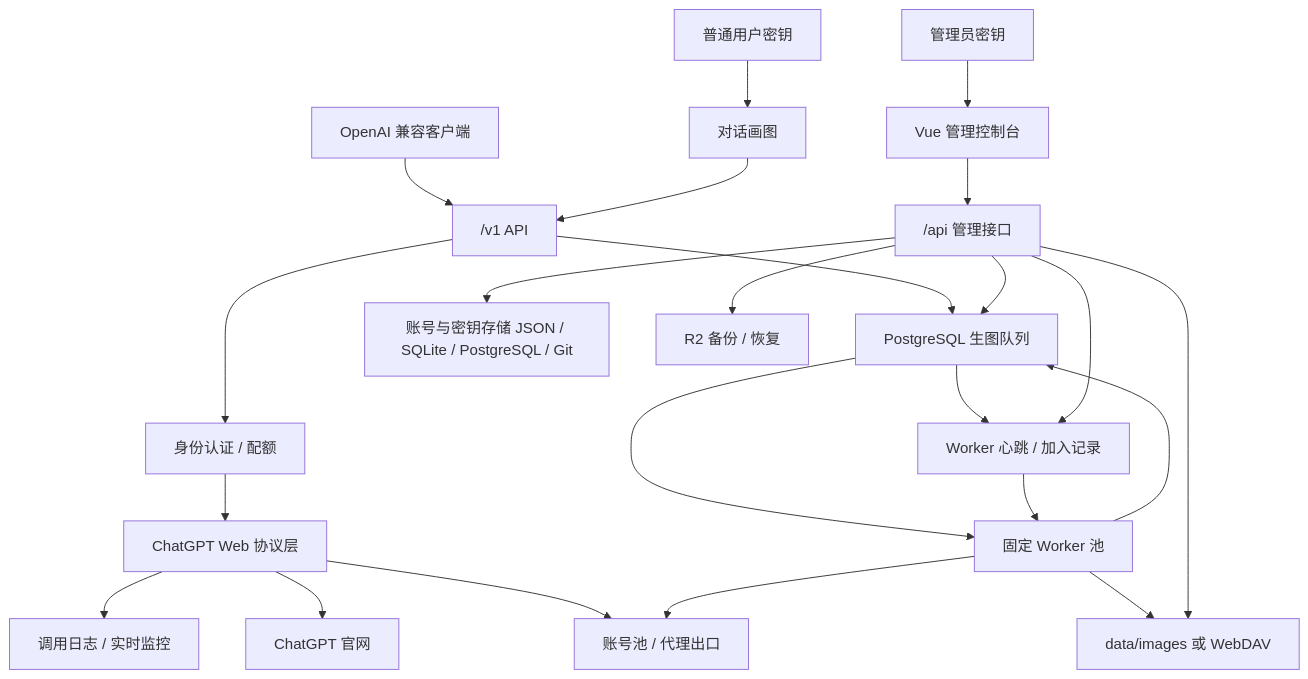
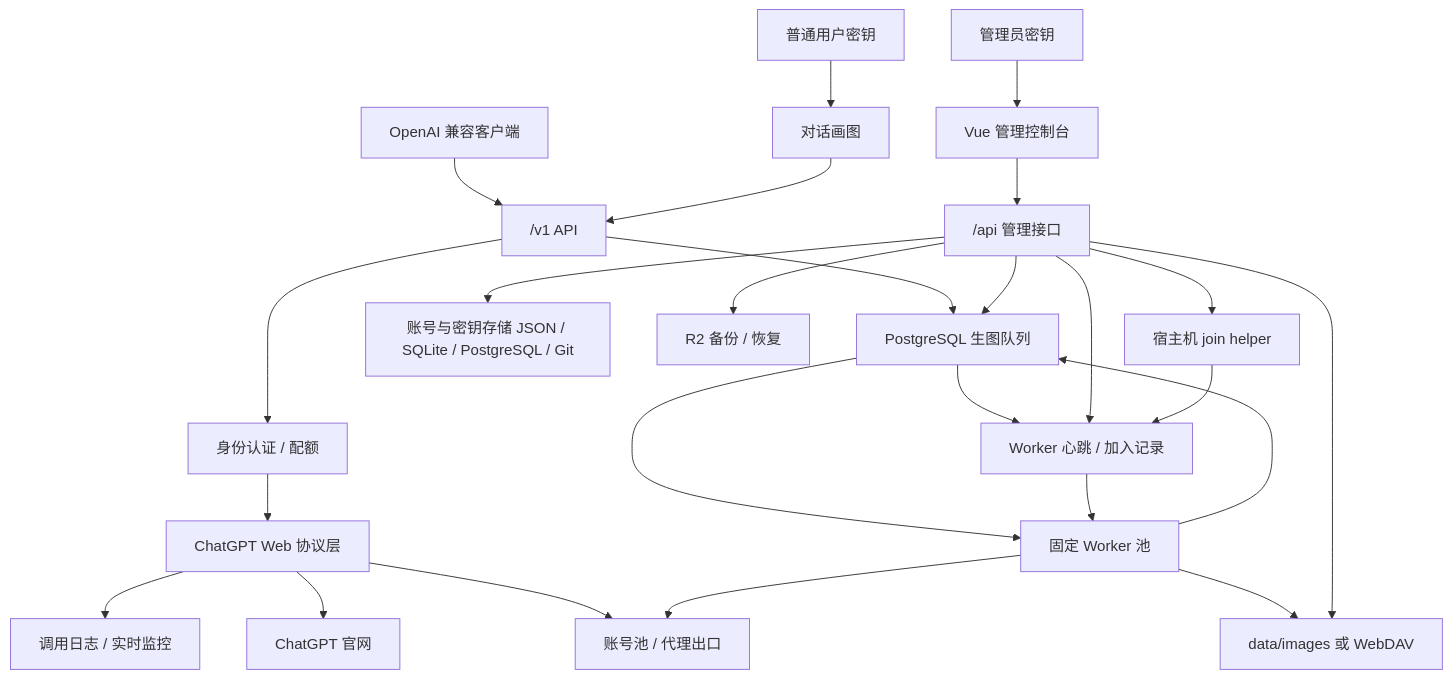
One commit to biubiubiu125/chatgpt2api changed the diagram in README.md. Above: the diagram before and after it, drawn with Mermaid. The commit also changed other lines of this file and 45 other files, not shown here.

Commit message:
fix: harden chatgpt2api runtime and deployment flow

````diff
--- a/README.md
+++ b/README.md
@@ -70,28 +75,30 @@
 ```mermaid
 flowchart TB
   Client["OpenAI 兼容客户端"] --> API["/v1 API"]
   Admin["管理员密钥"] --> Console["Vue 管理控制台"]
   User["普通用户密钥"] --> Studio["对话画图"]
 
   Console --> AdminAPI["/api 管理接口"]
   Studio --> API
   API --> Auth["身份认证 / 配额"]
   Auth --> Protocol["ChatGPT Web 协议层"]
   Protocol --> Accounts["账号池 / 代理出口"]
   Protocol --> Upstream["ChatGPT 官网"]
   Protocol --> Logs["调用日志 / 实时监控"]
 
   API --> Queue["PostgreSQL 生图队列"]
   Queue --> Worker["固定 Worker 池"]
   Queue --> Cluster["Worker 心跳 / 加入记录"]
   Cluster --> Worker
   Worker --> Accounts
   Worker --> Artifacts["data/images 或 WebDAV"]
   Worker --> Queue
 
   AdminAPI --> Storage["账号与密钥存储 JSON / SQLite / PostgreSQL / Git"]
   AdminAPI --> Cluster
   AdminAPI --> Queue
   AdminAPI --> Artifacts
   AdminAPI --> Backup["R2 备份 / 恢复"]
+  AdminAPI --> JoinHelper["宿主机 join helper"]
+  JoinHelper --> Cluster
 ```
````
